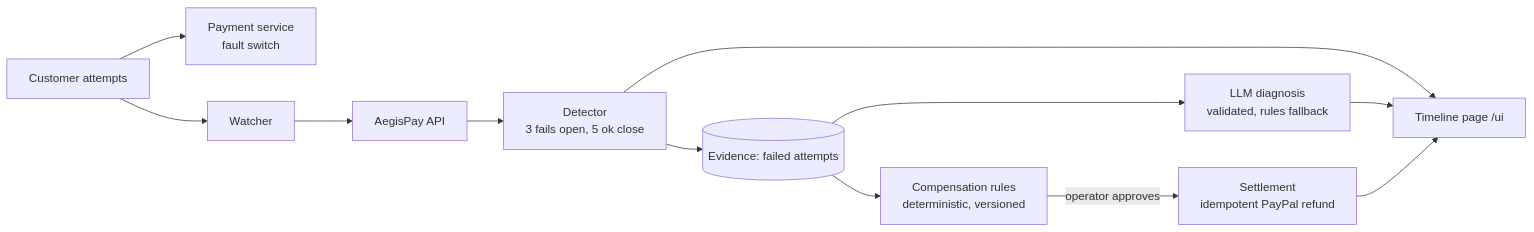
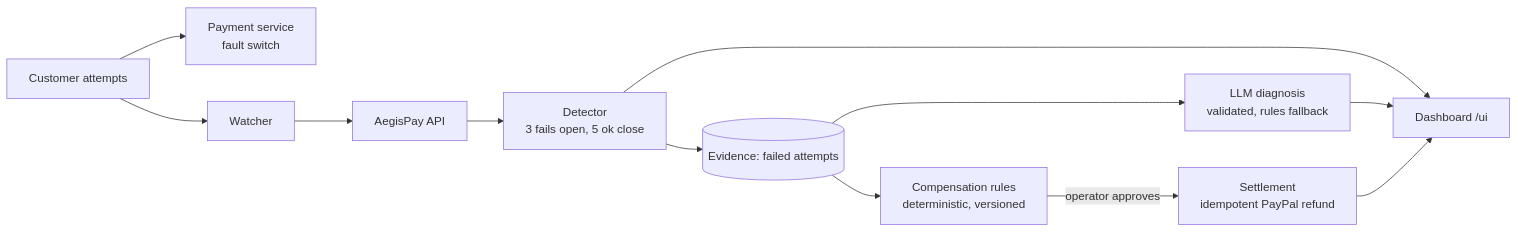
One commit to abhisheksingh-cpu/aegispay changed the diagram in README.md. Above: the diagram before and after it, drawn with Mermaid. The commit also changed other lines of this file and 9 other files, not shown here.

Commit message:
Multi-page dashboard with demo controls

````diff
--- a/README.md
+++ b/README.md
@@ -13,13 +13,13 @@
 ```mermaid
 flowchart LR
   C[Customer attempts] --> PS[Payment service<br/>fault switch]
   C --> W[Watcher] --> API[AegisPay API]
   API --> D[Detector<br/>3 fails open, 5 ok close]
   D --> E[(Evidence: failed attempts)]
   E --> L[LLM diagnosis<br/>validated, rules fallback]
   E --> K[Compensation rules<br/>deterministic, versioned]
   K -->|operator approves| S[Settlement<br/>idempotent PayPal refund]
-  D --> U[Timeline page /ui]
+  D --> U[Dashboard /ui]
   L --> U
   S --> U
 ```
````
